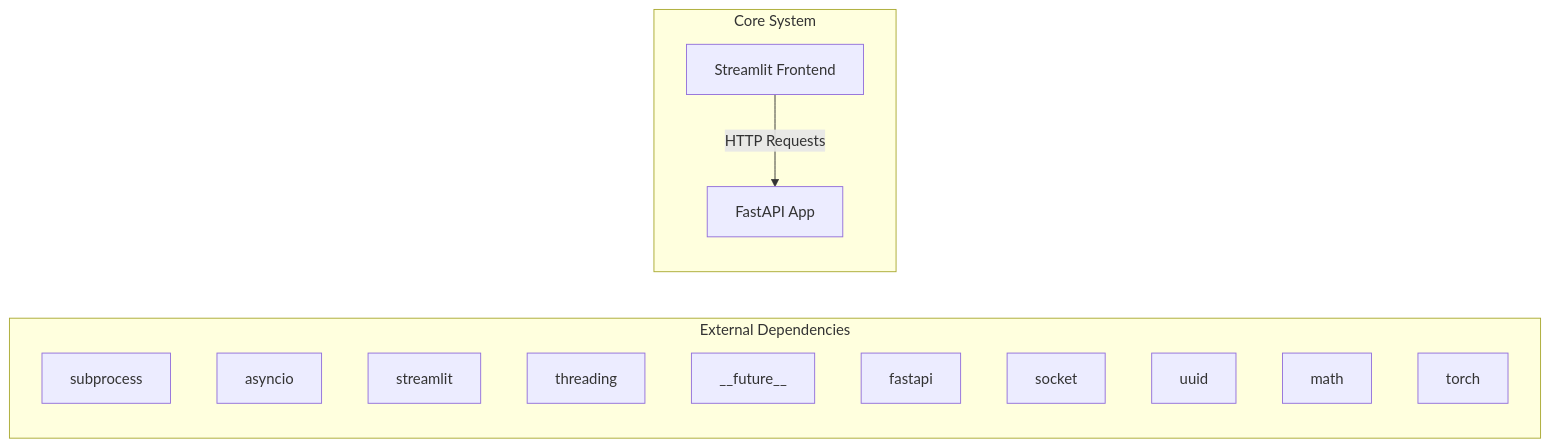
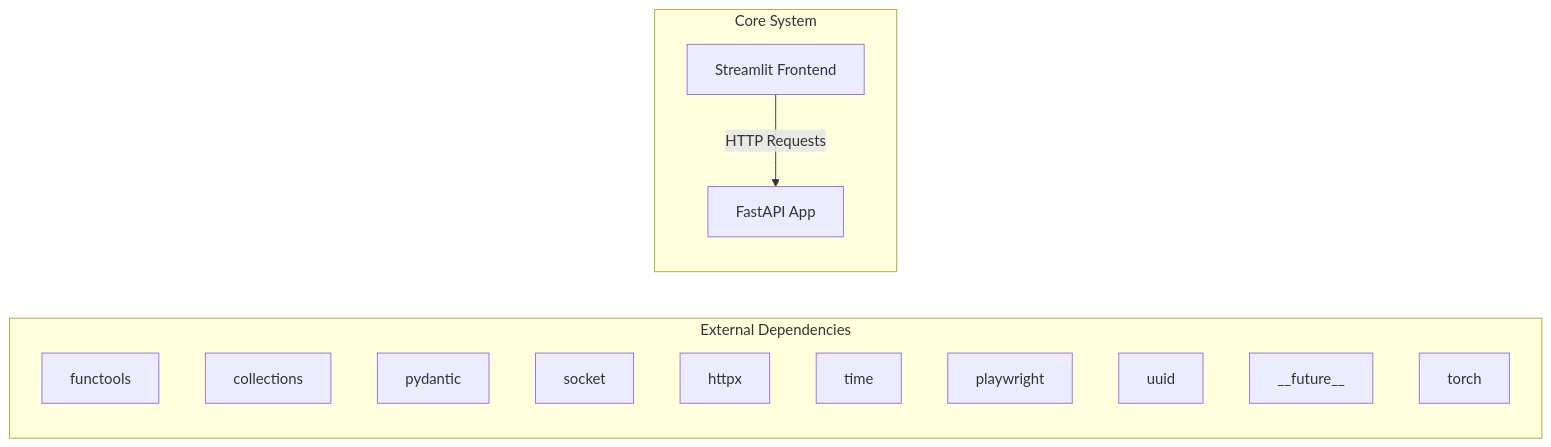
The first of 2 diagrams in docs/architecture.md (NITISH-R-G/rag-context-optimizer), drawn with Mermaid before and after one commit. The commit also changed 1 other file, not shown here.

Commit message:
docs: auto-update repository knowledge, architecture diagrams, and documentation

````diff
--- a/docs/architecture.md
+++ b/docs/architecture.md
@@ -7,20 +7,20 @@
 ```mermaid
 graph LR
     subgraph External Dependencies
-        E0["subprocess"]
-        E1["asyncio"]
-        E2["streamlit"]
-        E3["threading"]
-        E4["__future__"]
-        E5["fastapi"]
-        E6["socket"]
+        E0["functools"]
+        E1["collections"]
+        E2["pydantic"]
+        E3["socket"]
+        E4["httpx"]
+        E5["time"]
+        E6["playwright"]
         E7["uuid"]
-        E8["math"]
+        E8["__future__"]
         E9["torch"]
     end
     subgraph Core System
         API["FastAPI App"]
         UI["Streamlit Frontend"]
     end
     UI -->|HTTP Requests| API
 ```
````
